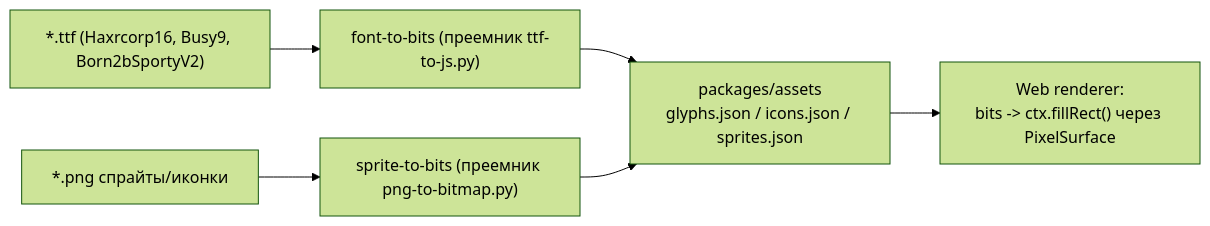
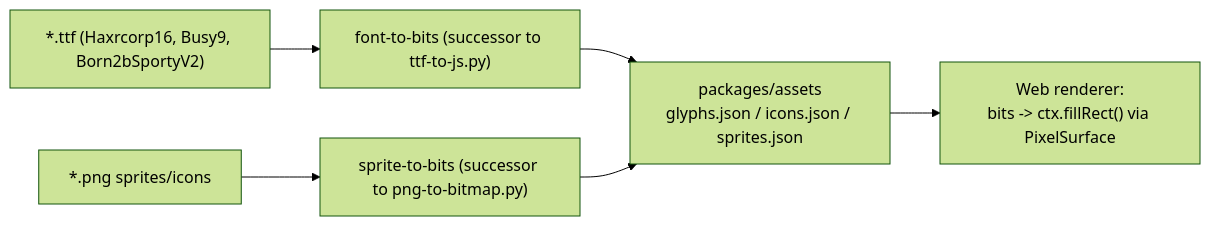
One commit to Atarity/flipctl changed the sixth of 6 diagrams in frontend.md. Above: the diagram before and after it, drawn with Mermaid (forest theme). The commit also changed other lines of this file and 12 other files, not shown here.

````diff
--- a/frontend.md
+++ b/frontend.md
@@ -320,8 +356,8 @@
 ```mermaid
 flowchart LR
-    TTF["*.ttf (Haxrcorp16, Busy9, Born2bSportyV2)"] --> CONV1["font-to-bits (преемник ttf-to-js.py)"]
-    PNG["*.png спрайты/иконки"] --> CONV2["sprite-to-bits (преемник png-to-bitmap.py)"]
+    TTF["*.ttf (Haxrcorp16, Busy9, Born2bSportyV2)"] --> CONV1["font-to-bits (successor to ttf-to-js.py)"]
+    PNG["*.png sprites/icons"] --> CONV2["sprite-to-bits (successor to png-to-bitmap.py)"]
     CONV1 --> MANIFEST["packages/assets\nglyphs.json / icons.json / sprites.json"]
     CONV2 --> MANIFEST
-    MANIFEST --> DOMDRAW["Web renderer:\nbits -> ctx.fillRect() через PixelSurface"]
+    MANIFEST --> DOMDRAW["Web renderer:\nbits -> ctx.fillRect() via PixelSurface"]
 ```
````
